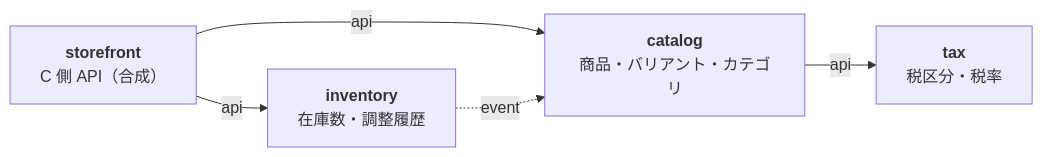
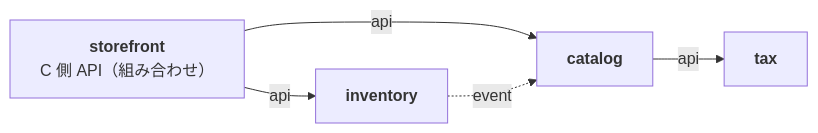
The diagram in docs/specs/001-catalog-and-inventory/plan.md (roger88106/ec-site), drawn with Mermaid before and after one commit. The commit also changed other lines of this file and 5 other files, not shown here.

````diff
--- a/docs/specs/001-catalog-and-inventory/plan.md
+++ b/docs/specs/001-catalog-and-inventory/plan.md
@@ -7,12 +16,12 @@
 ```mermaid
 flowchart LR
-    storefront["<b>storefront</b><br/>C 側 API（合成）"]
-    catalog["<b>catalog</b><br/>商品・バリアント・カテゴリ"]
-    inventory["<b>inventory</b><br/>在庫数・調整履歴"]
-    tax["<b>tax</b><br/>税区分・税率"]
+    storefront["<b>storefront</b><br/>C 側 API（組み合わせ）"]
+    catalog["<b>catalog</b>"]
+    inventory["<b>inventory</b>"]
+    tax["<b>tax</b>"]
 
     storefront -- "api" --> catalog
     storefront -- "api" --> inventory
     catalog -- "api" --> tax
     inventory -. "event" .-> catalog
 ```
````
